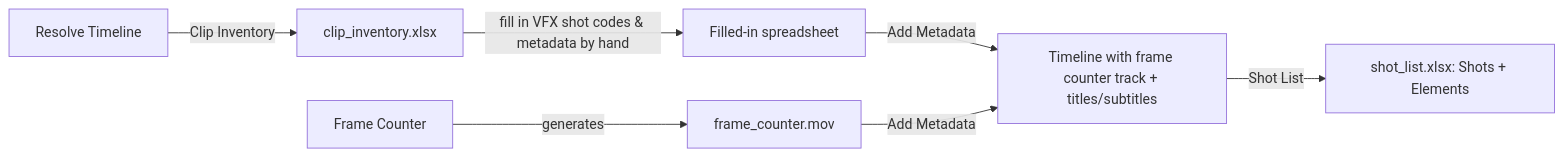
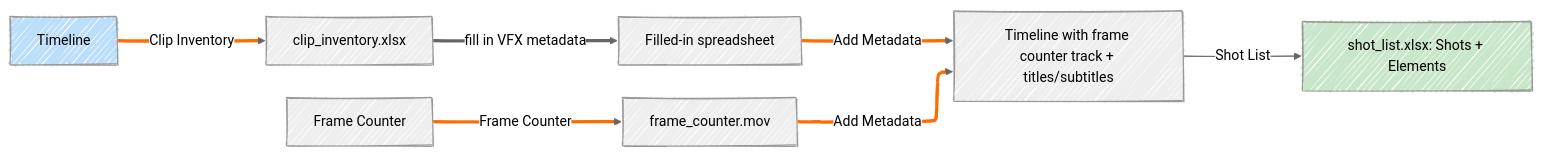
The diagram in docs/index.md (ming-qiu/theia-documentation), drawn with Mermaid before and after one commit.

Commit message:
Better flowchart

````diff
--- a/docs/index.md
+++ b/docs/index.md
@@ -38,9 +38,22 @@
 ```mermaid
+---
+config:
+  layout: elk
+  theme: neutral
+  look: handDrawn
+---
 flowchart LR
-    A[Resolve Timeline] -->|Clip Inventory| B[clip_inventory.xlsx]
-    B -->|fill in VFX shot codes & metadata by hand| C[Filled-in spreadsheet]
-    D[Frame Counter] -->|generates| E[frame_counter.mov]
-    C -->|Add Metadata| F[Timeline with frame counter track + titles/subtitles]
-    E -->|Add Metadata| F
-    F -->|Shot List| G[shot_list.xlsx: Shots + Elements]
+    A["Timeline"] == Clip Inventory ==> B["clip_inventory.xlsx"]
+    B == fill in VFX metadata ==> C["Filled-in spreadsheet"]
+    D["Frame Counter"] == Frame Counter ==> E["frame_counter.mov"]
+    C == Add Metadata ==> F["Timeline with frame counter track + titles/subtitles"]
+    E == Add Metadata ==> F
+    F -- Shot List --> G["shot_list.xlsx: Shots + Elements"]
+
+    style A fill:#BBDEFB
+    style G fill:#C8E6C9
+    linkStyle 0 stroke:#FF6D00,fill:none
+    linkStyle 2 stroke:#FF6D00,fill:none
+    linkStyle 3 stroke:#FF6D00,fill:none
+    linkStyle 4 stroke:#FF6D00,fill:none
 ```
````
